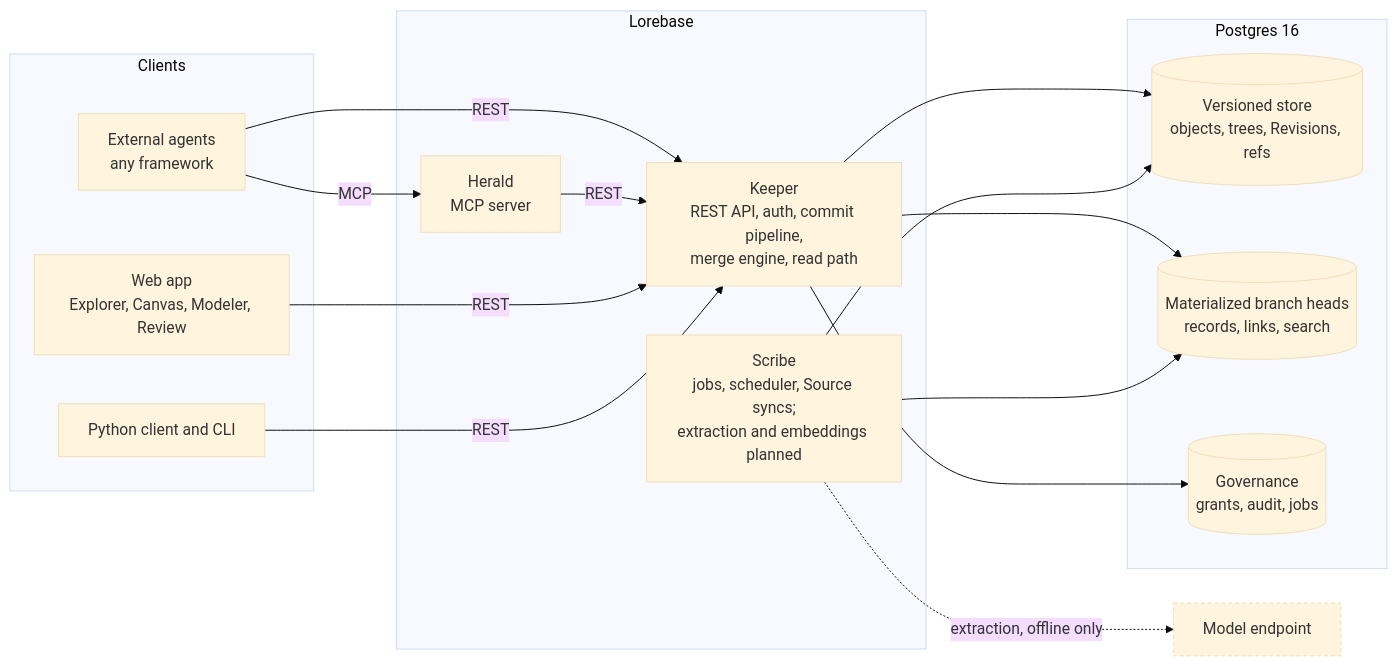
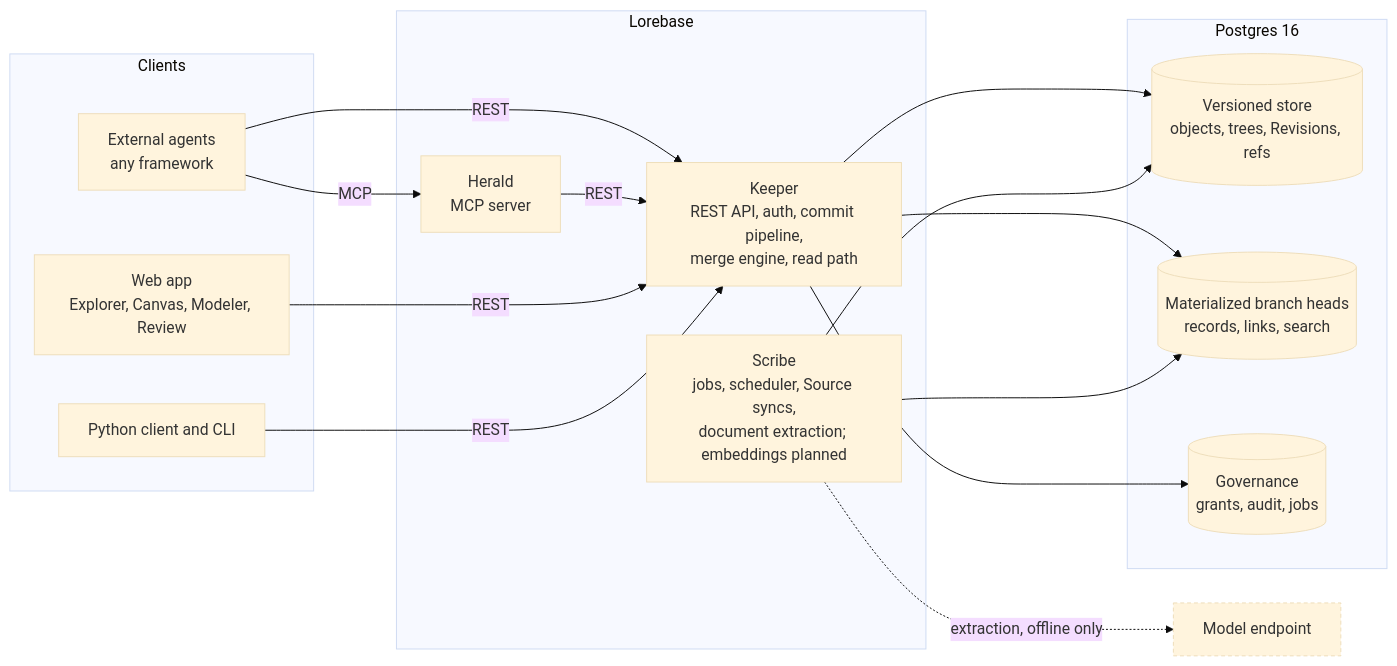
The diagram in README.md (aantenore/lorebase), drawn with Mermaid (base theme) before and after one commit. The commit also changed other lines of this file and 21 other files, not shown here.

````diff
--- a/README.md
+++ b/README.md
@@ -137,34 +137,34 @@
 ```mermaid
 flowchart LR
   subgraph Clients
     A1[External agents<br/>any framework]
     A2[Web app<br/>Explorer, Canvas, Modeler, Review]
     A3[Python client and CLI]
   end
 
   subgraph Lorebase
     H[Herald<br/>MCP server]
     K[Keeper<br/>REST API, auth, commit pipeline,<br/>merge engine, read path]
-    S[Scribe<br/>jobs, scheduler, Source syncs;<br/>extraction and embeddings planned]
+    S[Scribe<br/>jobs, scheduler, Source syncs,<br/>document extraction; embeddings planned]
   end
 
   subgraph PG[Postgres 16]
     V[(Versioned store<br/>objects, trees, Revisions, refs)]
     M[(Materialized branch heads<br/>records, links, search)]
     G[(Governance<br/>grants, audit, jobs)]
   end
 
   A1 -- MCP --> H
   A1 -- REST --> K
   H -- REST --> K
   A2 -- REST --> K
   A3 -- REST --> K
   K --> V
   K --> M
   K --> G
   S --> V
   S --> M
   S -. extraction, offline only .-> L[Model endpoint]:::planned
 
   classDef planned stroke-dasharray: 4 3
 ```
````
